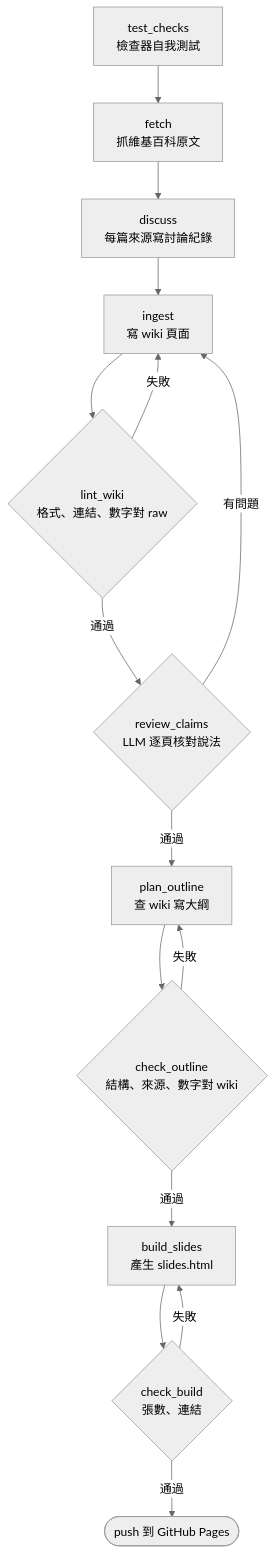
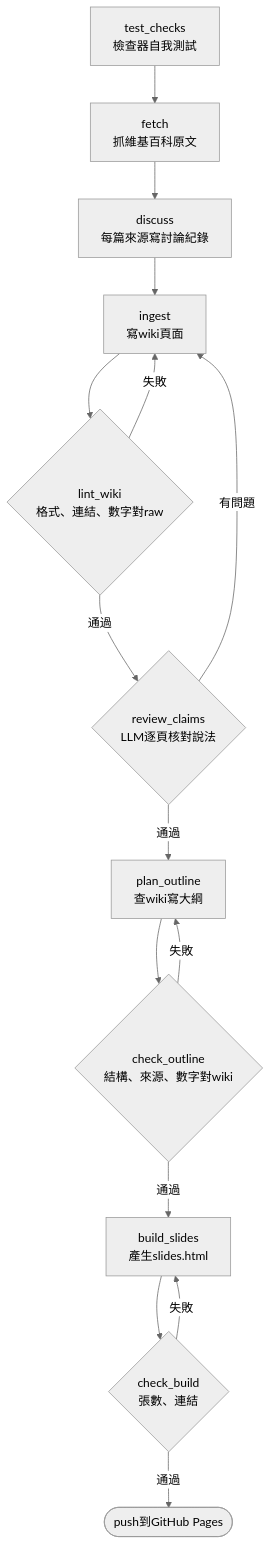
One commit to Arthur031221/quantum-llm-wiki changed the first of 2 diagrams in WORKFLOW.md. Above: the diagram before and after it, drawn with Mermaid (neutral theme). The commit also changed other lines of this file and 32 other files, not shown here.

````diff
--- a/WORKFLOW.md
+++ b/WORKFLOW.md
@@ -7,17 +7,17 @@
 ```mermaid
 flowchart TD
   T["test_checks<br/>檢查器自我測試"] --> F["fetch<br/>抓維基百科原文"]
   F --> D["discuss<br/>每篇來源寫討論紀錄"]
-  D --> I["ingest<br/>寫 wiki 頁面"]
-  I --> L{"lint_wiki<br/>格式、連結、數字對 raw"}
+  D --> I["ingest<br/>寫wiki頁面"]
+  I --> L{"lint_wiki<br/>格式、連結、數字對raw"}
   L -- 失敗 --> I
-  L -- 通過 --> R{"review_claims<br/>LLM 逐頁核對說法"}
+  L -- 通過 --> R{"review_claims<br/>LLM逐頁核對說法"}
   R -- 有問題 --> I
-  R -- 通過 --> P["plan_outline<br/>查 wiki 寫大綱"]
-  P --> C{"check_outline<br/>結構、來源、數字對 wiki"}
+  R -- 通過 --> P["plan_outline<br/>查wiki寫大綱"]
+  P --> C{"check_outline<br/>結構、來源、數字對wiki"}
   C -- 失敗 --> P
-  C -- 通過 --> B["build_slides<br/>產生 slides.html"]
+  C -- 通過 --> B["build_slides<br/>產生slides.html"]
   B --> K{"check_build<br/>張數、連結"}
   K -- 失敗 --> B
-  K -- 通過 --> OK(["push 到 GitHub Pages"])
+  K -- 通過 --> OK(["push到GitHub Pages"])
 ```
````
